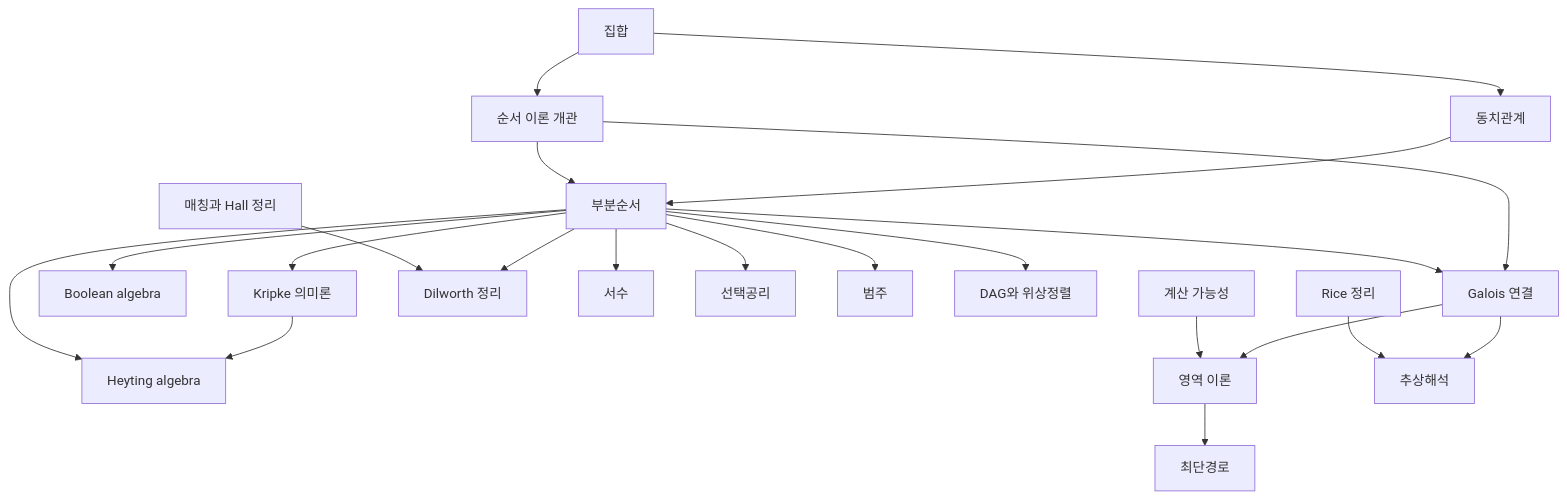
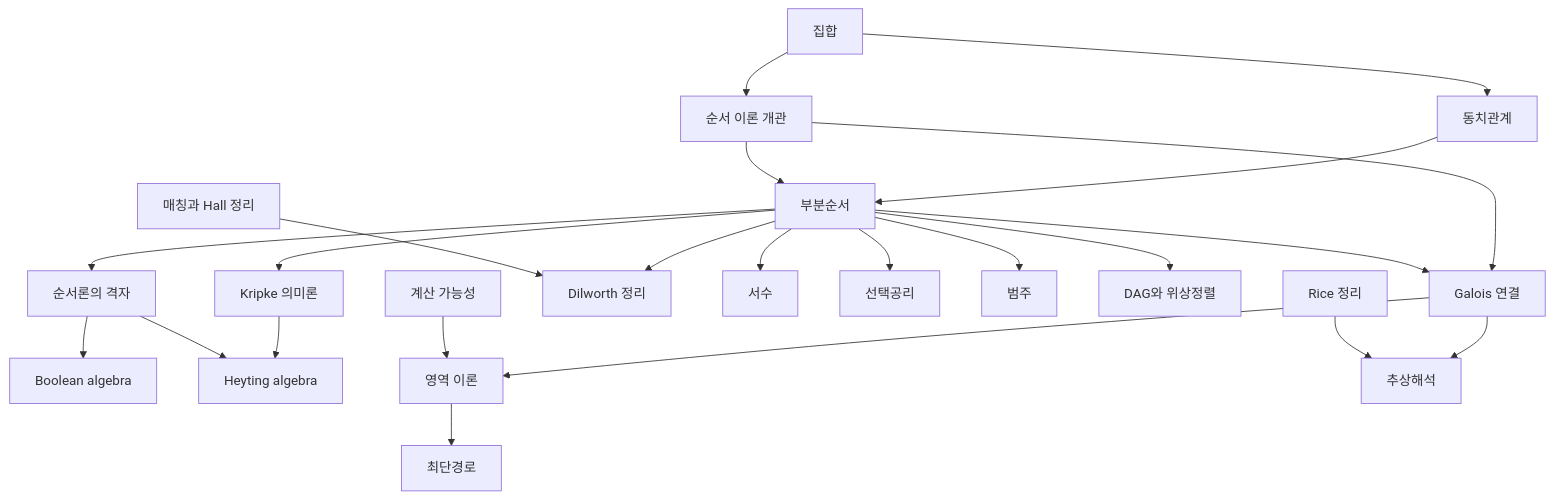
Before and after one commit to Phryxia/math-map: the diagram in docs/order-theory-overview.md, drawn with Mermaid. The commit also changed other lines of this file and 5 other files, not shown here.

````diff
--- a/docs/order-theory-overview.md
+++ b/docs/order-theory-overview.md
@@ -13,24 +13,25 @@
 ```mermaid
 graph TD
   SETS["집합"] --> REL["동치관계"]
   SETS --> OTO["순서 이론 개관"]
   REL --> PO["부분순서"]
   OTO --> PO
   OTO --> GC["Galois 연결"]
-  PO --> BA["Boolean algebra"]
+  PO --> LAT["순서론의 격자"]
+  LAT --> BA["Boolean algebra"]
   PO --> KS["Kripke 의미론"]
   KS --> HA["Heyting algebra"]
-  PO --> HA
+  LAT --> HA
   PO --> GC
   PO --> DW["Dilworth 정리"]
   PO --> ORD["서수"]
   PO --> AC["선택공리"]
   PO --> CAT["범주"]
   PO --> DAG["DAG와 위상정렬"]
   MAT["매칭과 Hall 정리"] --> DW
   GC --> DT["영역 이론"]
   GC --> AI["추상해석"]
   COMP["계산 가능성"] --> DT
   RICE["Rice 정리"] --> AI
   DT --> SP["최단경로"]
 ```
````
